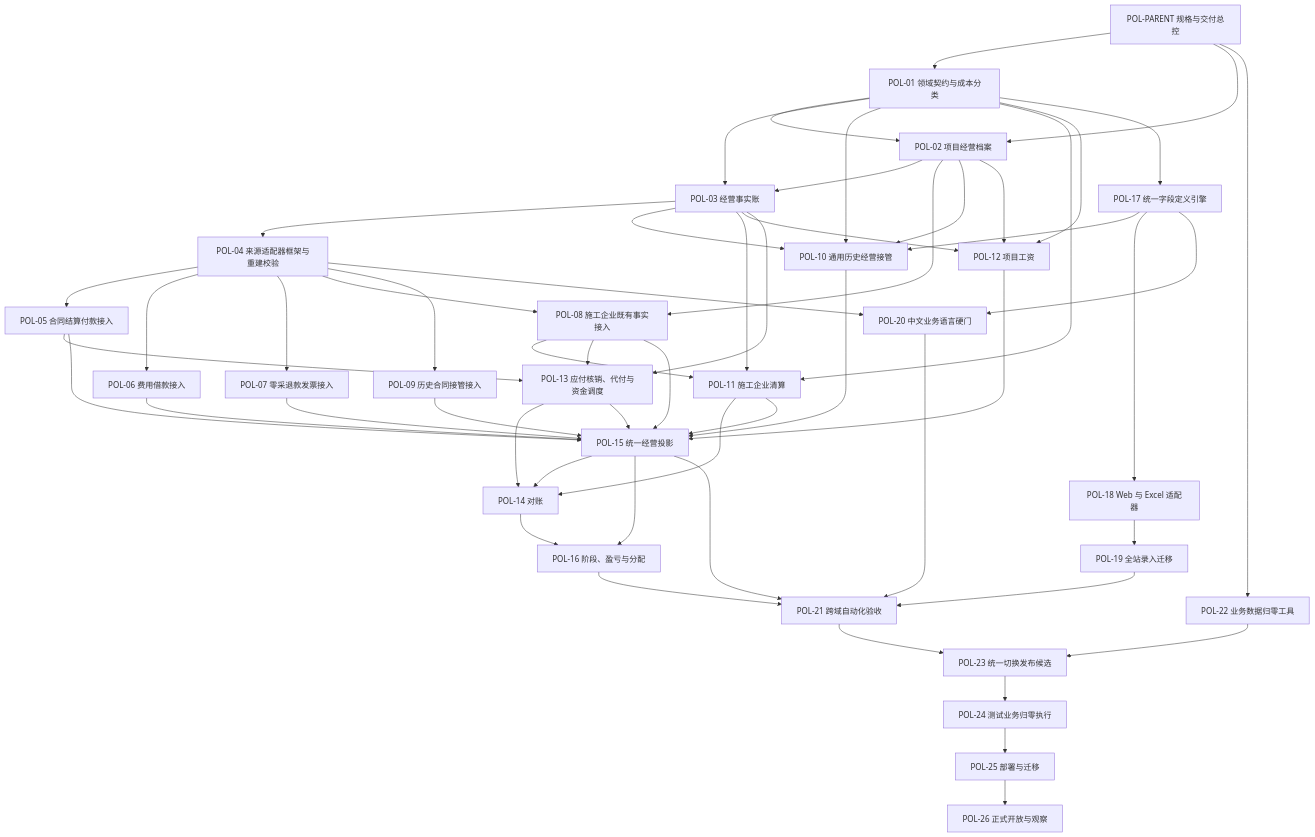
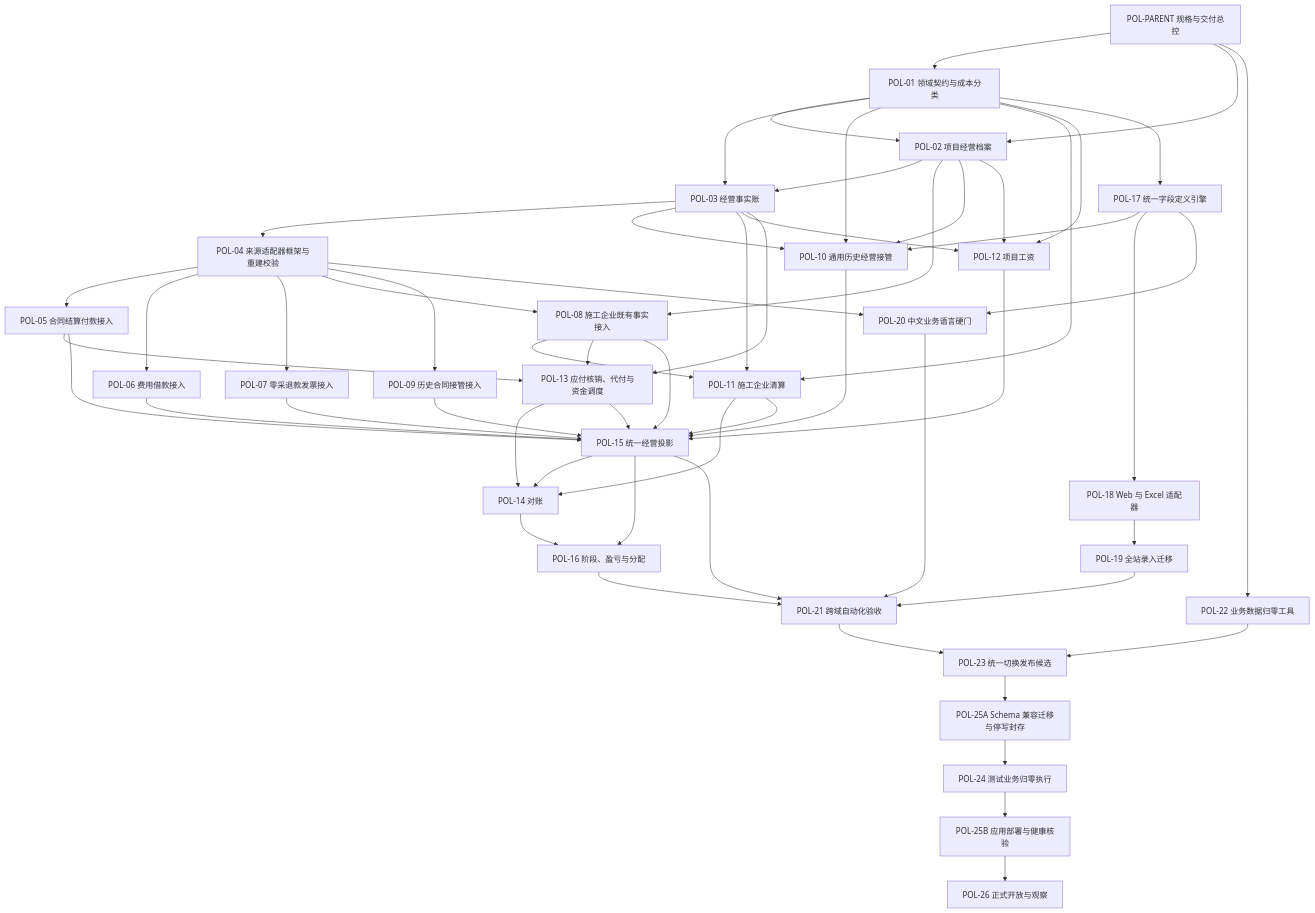
Before and after one commit to 1131096740/intelligent-construction-management: the second of 2 diagrams in docs/specs/2026-08-12-project-operating-ledger-implementation-plan-and-task-breakdown.md, drawn with Mermaid. The commit also changed other lines of this file and 3 other files, not shown here.

```diff
--- a/docs/specs/2026-08-12-project-operating-ledger-implementation-plan-and-task-breakdown.md
+++ b/docs/specs/2026-08-12-project-operating-ledger-implementation-plan-and-task-breakdown.md
@@ -430,57 +430,58 @@
 ~~~mermaid
 flowchart TD
   P["POL-PARENT 规格与交付总控"] --> A1["POL-01 领域契约与成本分类"]
   P --> A2["POL-02 项目经营档案"]
   A1 --> A2
   A1 --> A3["POL-03 经营事实账"]
   A2 --> A3
   A3 --> A4["POL-04 来源适配器框架与重建校验"]
   A4 --> S1["POL-05 合同结算付款接入"]
   A4 --> S2["POL-06 费用借款接入"]
   A4 --> S3["POL-07 零采退款发票接入"]
   A4 --> S4["POL-08 施工企业既有事实接入"]
   A2 --> S4
   A4 --> S5["POL-09 历史合同接管接入"]
   A1 --> N1["POL-10 通用历史经营接管"]
   A2 --> N1
   A3 --> N1
   A1 --> N2["POL-11 施工企业清算"]
   A3 --> N2
   S4 --> N2
   A2 --> N3["POL-12 项目工资"]
   A1 --> N3
   A3 --> N3
   S1 --> N4["POL-13 应付核销、代付与资金调度"]
   S4 --> N4
   A3 --> N4
   N2 --> N5["POL-14 对账"]
   N4 --> N5
   S1 --> R1["POL-15 统一经营投影"]
   S2 --> R1
   S3 --> R1
   S4 --> R1
   S5 --> R1
   N1 --> R1
   N2 --> R1
   N3 --> R1
   N4 --> R1
   R1 --> N5
   R1 --> N6["POL-16 阶段、盈亏与分配"]
   N5 --> N6
   A1 --> U1["POL-17 统一字段定义引擎"]
   U1 --> N1
   U1 --> U2["POL-18 Web 与 Excel 适配器"]
   U2 --> U3["POL-19 全站录入迁移"]
   A4 --> G1["POL-20 中文业务语言硬门"]
   U1 --> G1
   R1 --> V1["POL-21 跨域自动化验收"]
   N6 --> V1
   U3 --> V1
   G1 --> V1
   P --> D1["POL-22 业务数据归零工具"]
   V1 --> Z["POL-23 统一切换发布候选"]
   D1 --> Z
-  Z --> X["POL-24 测试业务归零执行"]
-  X --> Y["POL-25 部署与迁移"]
+  Z --> M["POL-25A Schema 兼容迁移与停写封存"]
+  M --> X["POL-24 测试业务归零执行"]
+  X --> Y["POL-25B 应用部署与健康核验"]
   Y --> O["POL-26 正式开放与观察"]
 ~~~
```
